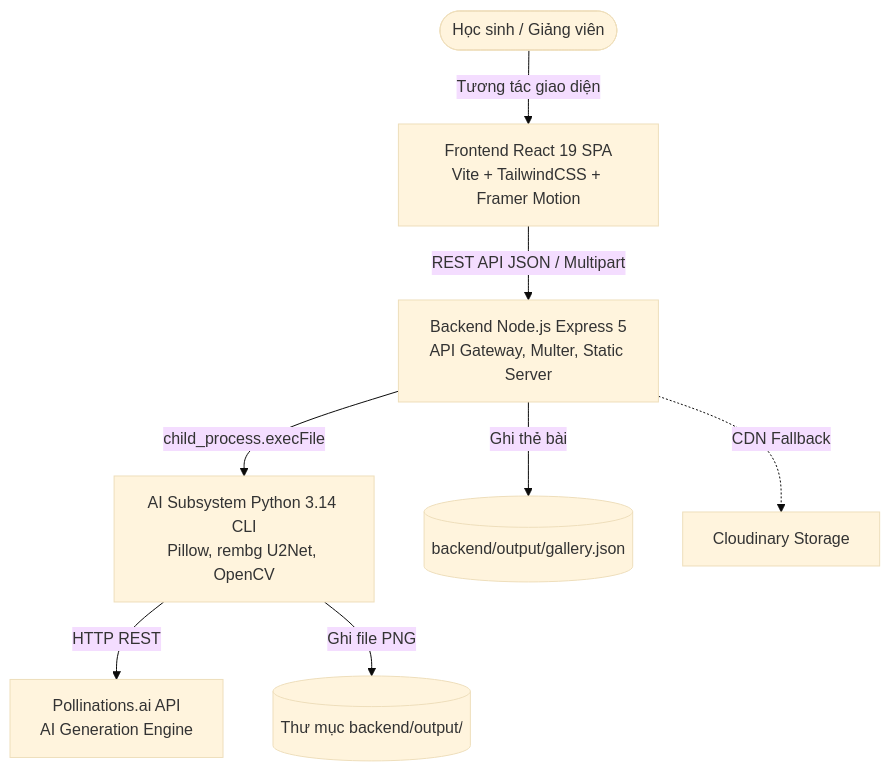
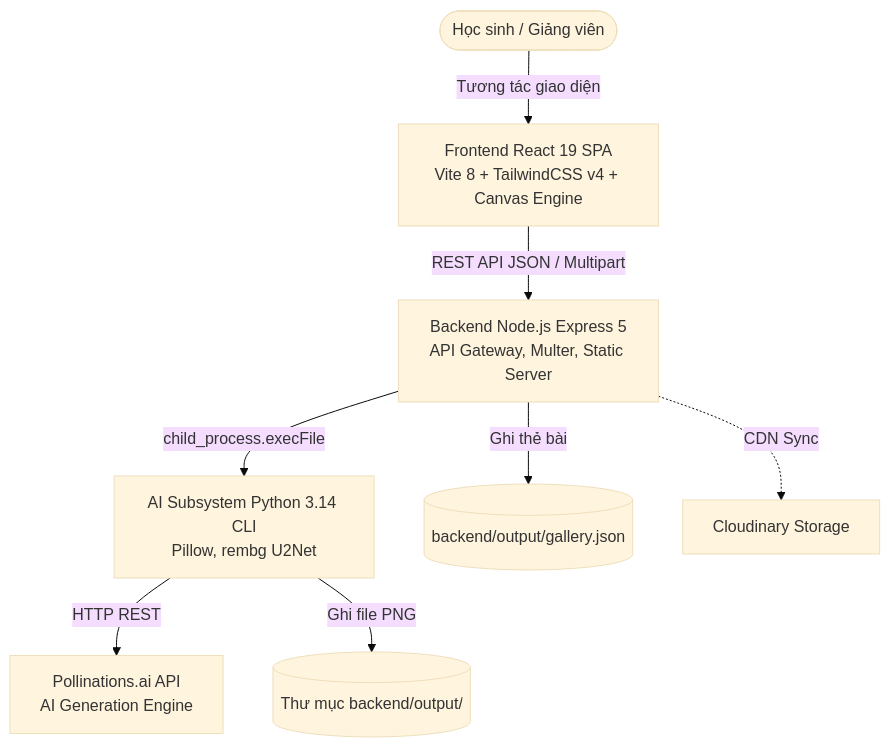
One commit to ThisIsAnhKhoi/MindXAsset changed the diagram in README.md. Above: the diagram before and after it, drawn with Mermaid (base theme). The commit also changed other lines of this file and 6 other files, not shown here.

Commit message:
docs: finalize v1.3.0 release documentation, architecture guides, and health endpoint

````diff
--- a/README.md
+++ b/README.md
@@ -65,10 +66,10 @@
 ```mermaid
 graph TD
-    User([Học sinh / Giảng viên]) -->|Tương tác giao diện| FE[Frontend React 19 SPA<br/>Vite + TailwindCSS + Framer Motion]
+    User([Học sinh / Giảng viên]) -->|Tương tác giao diện| FE[Frontend React 19 SPA<br/>Vite 8 + TailwindCSS v4 + Canvas Engine]
     FE -->|REST API JSON / Multipart| BE[Backend Node.js Express 5<br/>API Gateway, Multer, Static Server]
-    BE -->|child_process.execFile| PY[AI Subsystem Python 3.14 CLI<br/>Pillow, rembg U2Net, OpenCV]
+    BE -->|child_process.execFile| PY[AI Subsystem Python 3.14 CLI<br/>Pillow, rembg U2Net]
     PY -->|HTTP REST| AI[Pollinations.ai API<br/>AI Generation Engine]
     PY -->|Ghi file PNG| Disk[(Thư mục backend/output/)]
     BE -->|Ghi thẻ bài| GalFile[(backend/output/gallery.json)]
-    BE -.->|CDN Fallback| Cloudinary[Cloudinary Storage]
+    BE -.->|CDN Sync| Cloudinary[Cloudinary Storage]
 ```
````
